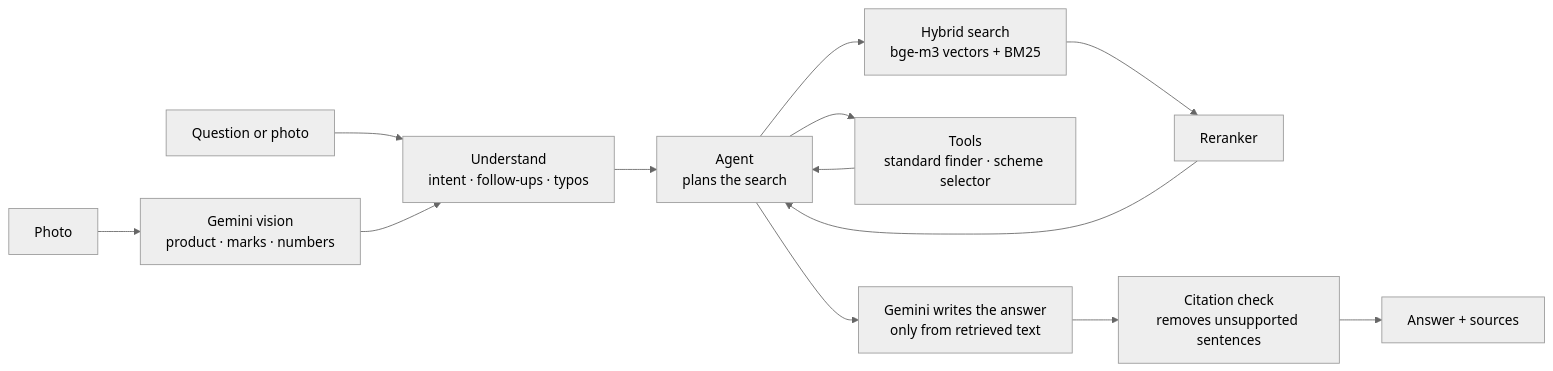
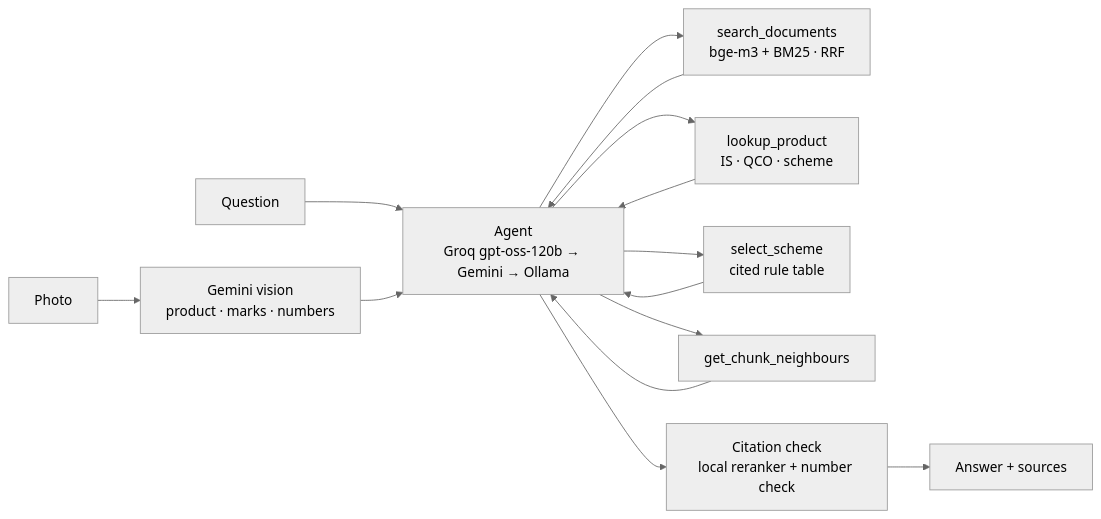
One commit to Prateek-Mali/SIH-26107- changed the diagram in README.md. Above: the diagram before and after it, drawn with Mermaid (neutral theme). The commit also changed other lines of this file, not shown here.

````diff
--- a/README.md
+++ b/README.md
@@ -121,15 +102,15 @@
 ```mermaid
 flowchart LR
-    Q[Question or photo] --> U[Understand<br/>intent · follow-ups · typos]
-    P[Photo] --> V[Gemini vision<br/>product · marks · numbers]
-    V --> U
-    U --> A[Agent<br/>plans the search]
-    A --> S[Hybrid search<br/>bge-m3 vectors + BM25]
-    S --> R[Reranker]
-    R --> A
-    A --> T[Tools<br/>standard finder · scheme selector]
-    T --> A
-    A --> G[Gemini writes the answer<br/>only from retrieved text]
-    G --> C[Citation check<br/>removes unsupported sentences]
+    Q[Question] --> AG[Agent<br/>Groq gpt-oss-120b → Gemini → Ollama]
+    P[Photo] --> V[Gemini vision<br/>product · marks · numbers] --> AG
+    AG --> S[search_documents<br/>bge-m3 + BM25 · RRF]
+    AG --> L[lookup_product<br/>IS · QCO · scheme]
+    AG --> SC[select_scheme<br/>cited rule table]
+    AG --> N[get_chunk_neighbours]
+    S --> AG
+    L --> AG
+    SC --> AG
+    N --> AG
+    AG --> C[Citation check<br/>local reranker + number check]
     C --> O[Answer + sources]
 ```
````
